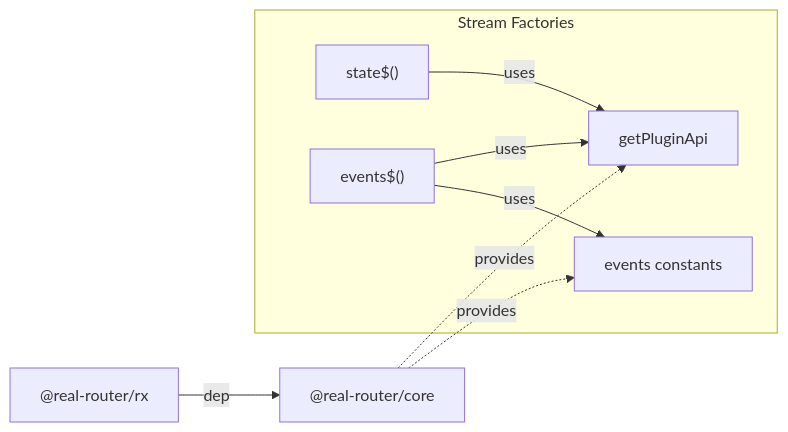
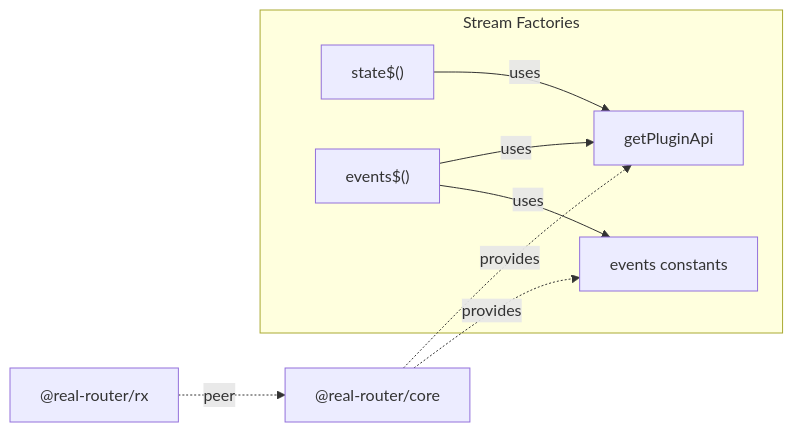
The diagram in packages/rx/ARCHITECTURE.md (greydragon888/real-router), drawn with Mermaid before and after one commit. The commit also changed 25 other files, not shown here.

````diff
--- a/packages/rx/ARCHITECTURE.md
+++ b/packages/rx/ARCHITECTURE.md
@@ -34,13 +34,13 @@
 ```mermaid
 graph LR
-    RX["@real-router/rx"] -->|dep| CORE["@real-router/core"]
+    RX["@real-router/rx"] -.->|peer| CORE["@real-router/core"]
 
     CORE -.->|provides| PAPI[getPluginApi]
     CORE -.->|provides| EVENTS[events constants]
 
     subgraph rx [Stream Factories]
         STATE["state$()"] -->|uses| PAPI
         EVT["events$()"] -->|uses| PAPI
         EVT -->|uses| EVENTS
     end
 ```
````
